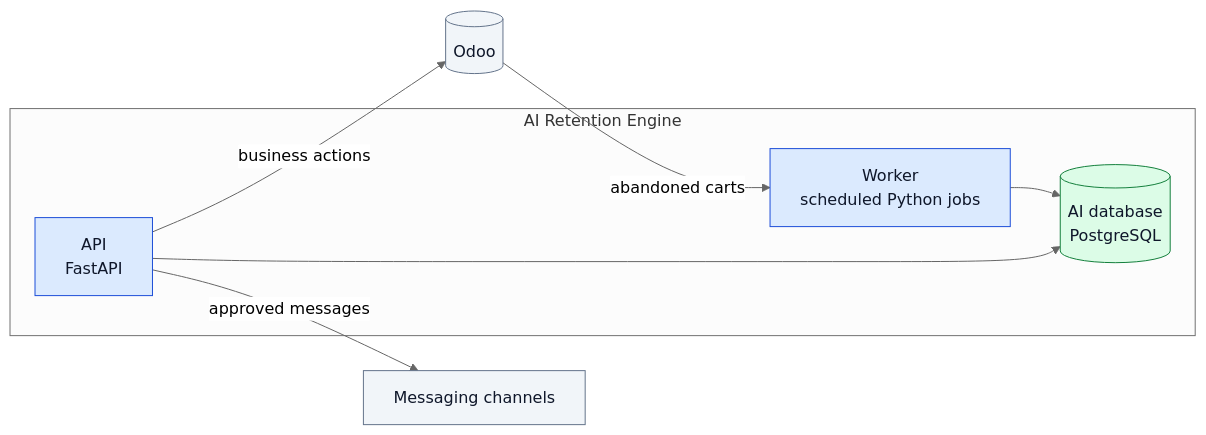
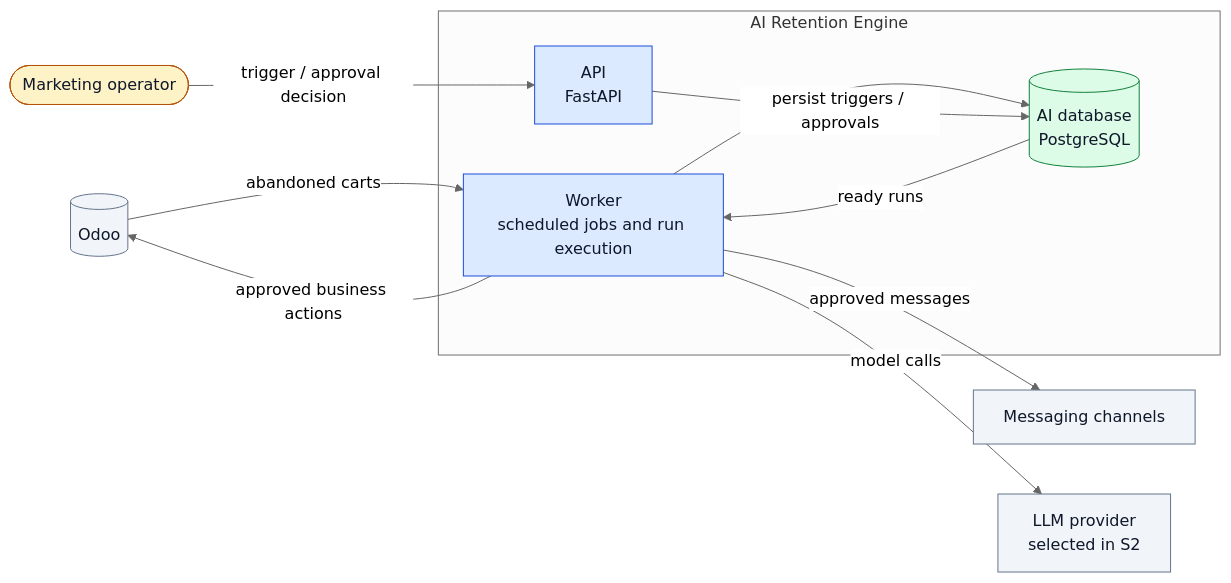
The second of 3 diagrams in docs/architecture/system-overview.md (aymanaboghonim/odoo-agentic-retention-engine), drawn with Mermaid (neutral theme) before and after one commit. The commit also changed other lines of this file and 4 other files, not shown here.

First line of the commit message:
docs: clarify worker-owned agent execution (#41)

````diff
--- a/docs/architecture/system-overview.md
+++ b/docs/architecture/system-overview.md
@@ -34,24 +36,31 @@
 ```mermaid
 flowchart LR
     odoo[("Odoo")]
 
     subgraph engine["AI Retention Engine"]
-        worker["Worker<br/>scheduled Python jobs"]
+        worker["Worker<br/>scheduled jobs and run execution"]
         aidb[("AI database<br/>PostgreSQL")]
         api["API<br/>FastAPI"]
     end
     channels["Messaging channels"]
+    llm["LLM provider<br/>selected in S2"]
+    operator(["Marketing operator"])
 
     odoo -- "abandoned carts" --> worker
     worker --> aidb
-    api --> aidb
-    api -- "business actions" --> odoo
-    api -- "approved messages" --> channels
+    api -- "persist triggers / approvals" --> aidb
+    aidb -- "ready runs" --> worker
+    worker -- "approved business actions" --> odoo
+    worker -- "approved messages" --> channels
+    worker -- "model calls" --> llm
+    operator -- "trigger / approval decision" --> api
 
     classDef app fill:#dbeafe,stroke:#1d4ed8,color:#0f172a
     classDef data fill:#dcfce7,stroke:#15803d,color:#0f172a
     classDef external fill:#f1f5f9,stroke:#64748b,color:#0f172a
+    classDef person fill:#fef3c7,stroke:#b45309,color:#0f172a
     class api,worker app
     class aidb data
-    class odoo,channels external
+    class odoo,channels,llm external
+    class operator person
 ```
````
